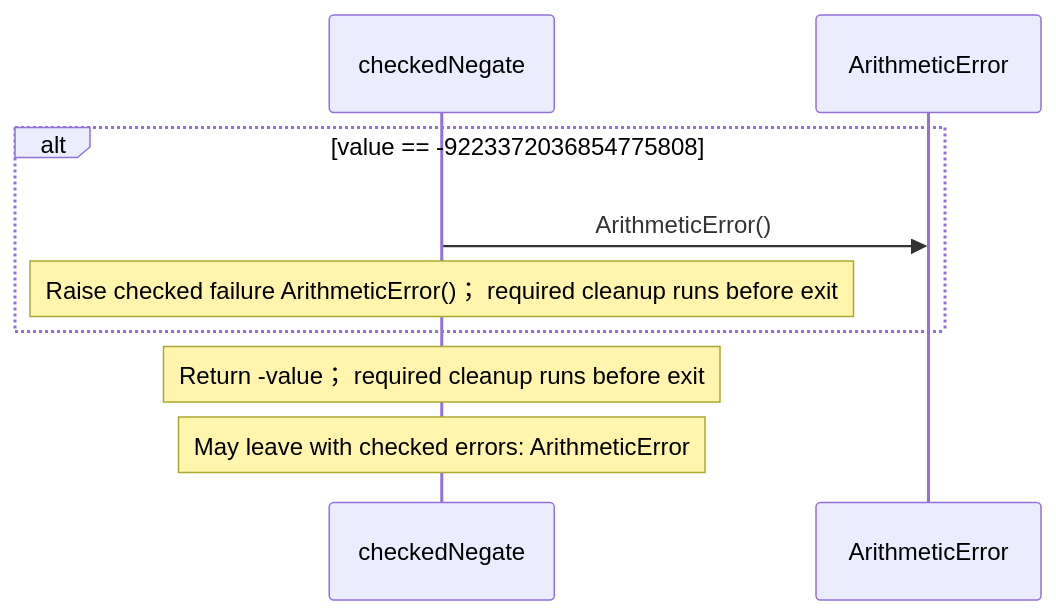
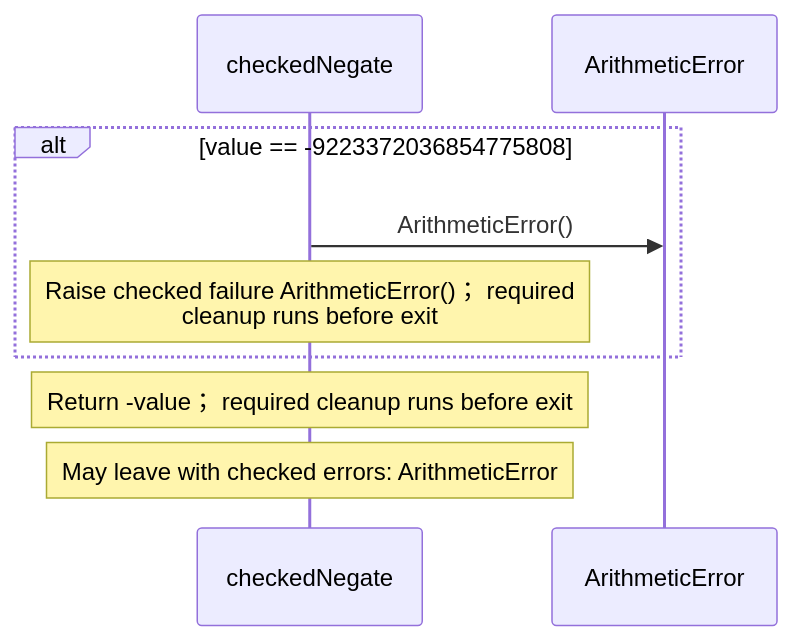
Before and after one commit to GreenPandaStudios/augscript: the sixth of 8 diagrams in src/stdlib/math/integers.aug.diagrams.md, drawn with Mermaid. The commit also changed other lines of this file and 200 other files, not shown here.

Commit message:
Group imported operations and wrap readable sequence messages

````diff
--- a/src/stdlib/math/integers.aug.diagrams.md
+++ b/src/stdlib/math/integers.aug.diagrams.md
@@ -136,11 +112,11 @@
 ```mermaid
 sequenceDiagram
     participant p0 as checkedNegate
     participant p1 as ArithmeticError
     alt value == -9223372036854775808
     p0->>p1: ArithmeticError()
-    Note over p0: Raise checked failure ArithmeticError()； required cleanup runs before exit
+    Note over p0: Raise checked failure ArithmeticError()； required<br/>cleanup runs before exit
     end
     Note over p0: Return -value； required cleanup runs before exit
     Note over p0: May leave with checked errors: ArithmeticError
 ```
````
